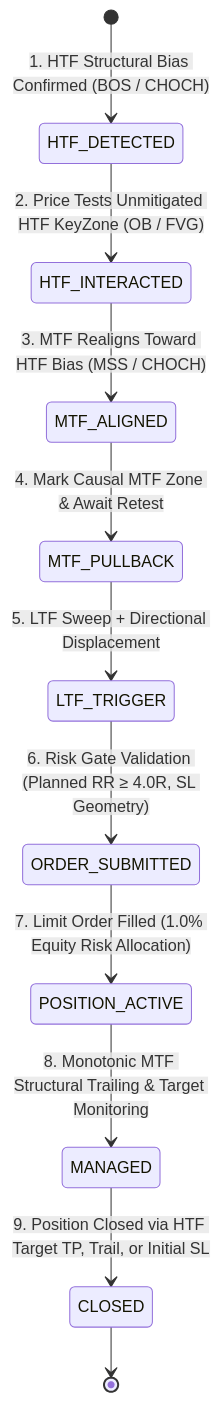
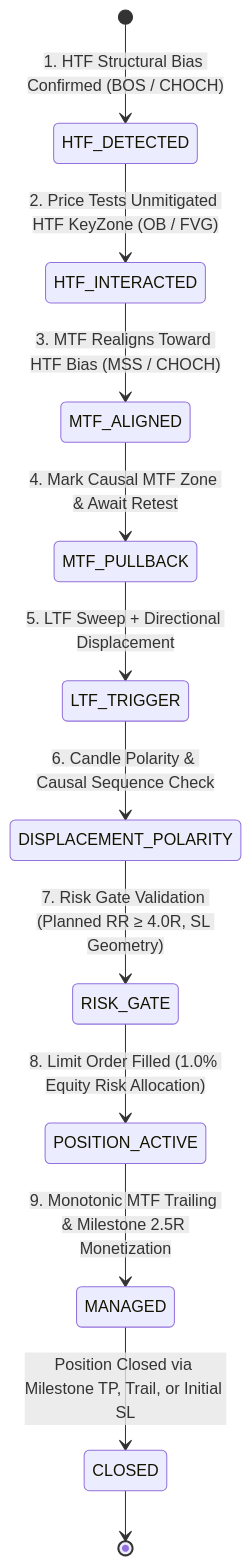
Before and after one commit to Quantitative-Systems/crypto-platform: the second of 4 diagrams in README.md, drawn with Mermaid. The commit also changed other lines of this file and 127 other files, not shown here.

````diff
--- a/README.md
+++ b/README.md
@@ -104,13 +99,14 @@
 ```mermaid
 stateDiagram-v2
     [*] --> HTF_DETECTED: 1. HTF Structural Bias Confirmed (BOS / CHOCH)
     HTF_DETECTED --> HTF_INTERACTED: 2. Price Tests Unmitigated HTF KeyZone (OB / FVG)
     HTF_INTERACTED --> MTF_ALIGNED: 3. MTF Realigns Toward HTF Bias (MSS / CHOCH)
     MTF_ALIGNED --> MTF_PULLBACK: 4. Mark Causal MTF Zone & Await Retest
     MTF_PULLBACK --> LTF_TRIGGER: 5. LTF Sweep + Directional Displacement
-    LTF_TRIGGER --> ORDER_SUBMITTED: 6. Risk Gate Validation (Planned RR ≥ 4.0R, SL Geometry)
-    ORDER_SUBMITTED --> POSITION_ACTIVE: 7. Limit Order Filled (1.0% Equity Risk Allocation)
-    POSITION_ACTIVE --> MANAGED: 8. Monotonic MTF Structural Trailing & Target Monitoring
-    MANAGED --> CLOSED: 9. Position Closed via HTF Target TP, Trail, or Initial SL
+    LTF_TRIGGER --> DISPLACEMENT_POLARITY: 6. Candle Polarity & Causal Sequence Check
+    DISPLACEMENT_POLARITY --> RISK_GATE: 7. Risk Gate Validation (Planned RR ≥ 4.0R, SL Geometry)
+    RISK_GATE --> POSITION_ACTIVE: 8. Limit Order Filled (1.0% Equity Risk Allocation)
+    POSITION_ACTIVE --> MANAGED: 9. Monotonic MTF Trailing & Milestone 2.5R Monetization
+    MANAGED --> CLOSED: Position Closed via Milestone TP, Trail, or Initial SL
     CLOSED --> [*]
 ```
````
